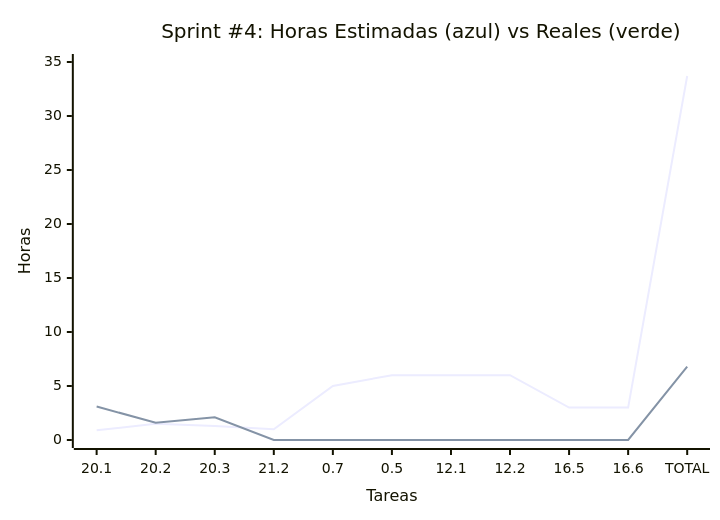
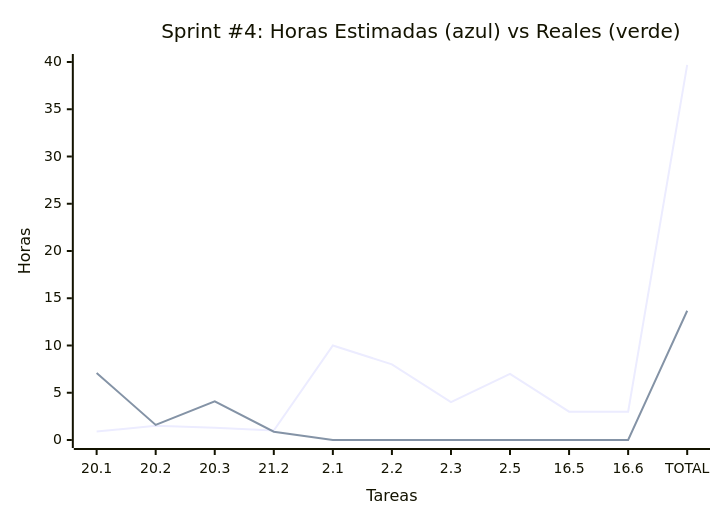
One commit to MarkMed/FleetMan changed the fourth of 5 diagrams in docs/SprintsPlanning.md. Above: the diagram before and after it, drawn with Mermaid. The commit also changed other lines of this file, not shown here.

````diff
--- a/docs/SprintsPlanning.md
+++ b/docs/SprintsPlanning.md
@@ -188,12 +188,12 @@
 ```mermaid
 xychart-beta
     title "Sprint #4: Horas Estimadas #40;azul#41; vs Reales #40;verde#41;"
-    x-axis "Tareas" ["20.1", "20.2", "20.3", "21.2", "0.7", "0.5", "12.1", "12.2", "16.5", "16.6", "TOTAL"]
-    y-axis "Horas" 0 --> 35
+    x-axis "Tareas" ["20.1", "20.2", "20.3", "21.2", "2.1", "2.2", "2.3", "2.5", "16.5", "16.6", "TOTAL"]
+    y-axis "Horas" 0 --> 40
 	
 	%% Green line
-    line [0.9, 1.5, 1.3, 1, 5, 6, 6, 6, 3, 3, 33.7]
+    line [0.9, 1.5, 1.3, 1, 10, 8, 4, 7, 3, 3, 39.7]
 
 	%% Black line
-    line [3.1, 1.6, 2.1, 0, 0, 0, 0, 0, 0, 0, 6.8]
+    line [7.1, 1.6, 4.1, 0.88, 0, 0, 0, 0, 0, 0, 13.68]
 ```
````
